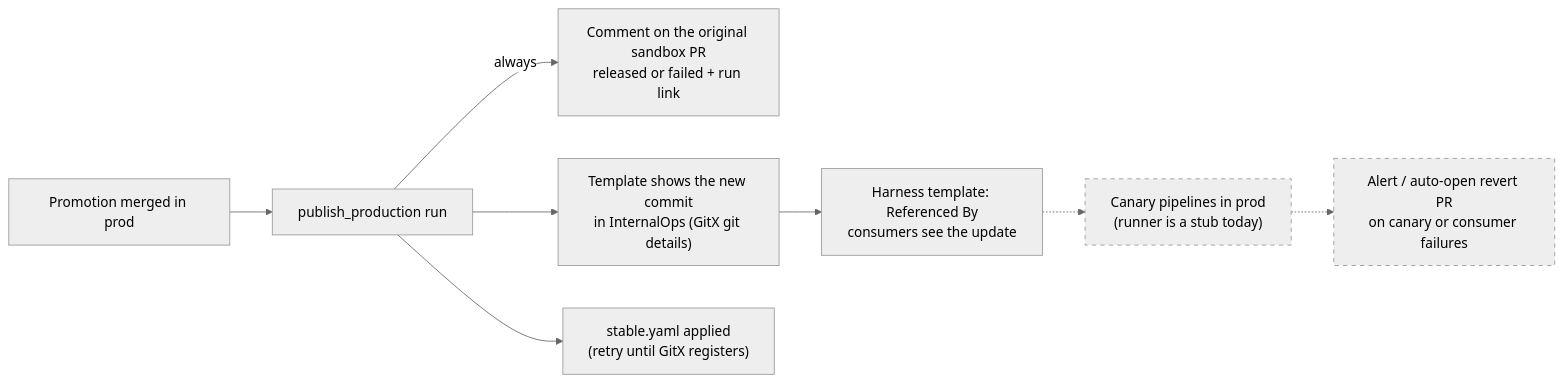
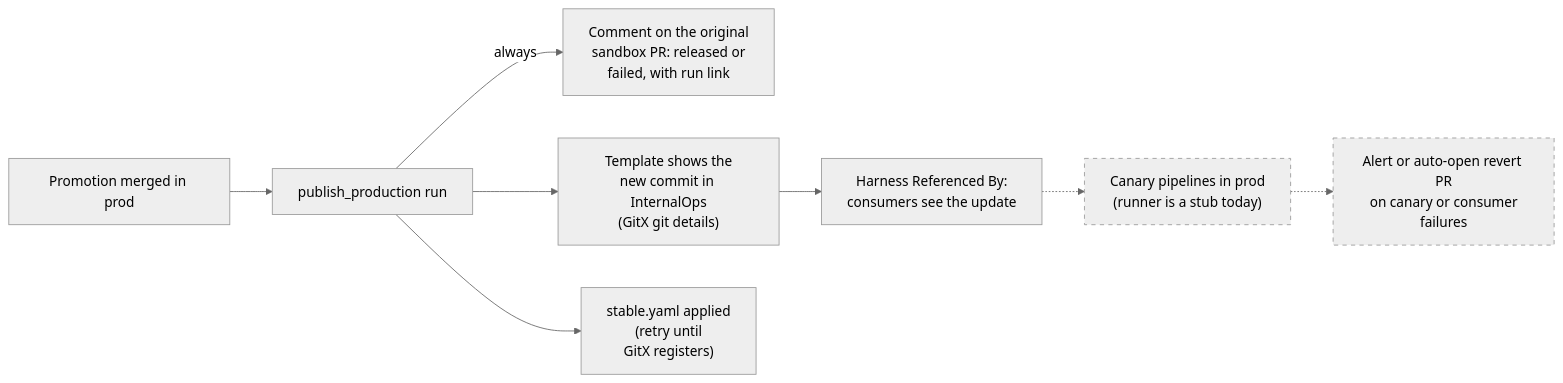
One commit to armory-io/harness-account-iacm changed the fifth of 6 diagrams in docs/PROMOTION-FLOW.md. Above: the diagram before and after it, drawn with Mermaid (neutral theme). The commit also changed other lines of this file, not shown here.

First line of the commit message:
docs: wrap long diagram labels so they are not cut off

````diff
--- a/docs/PROMOTION-FLOW.md
+++ b/docs/PROMOTION-FLOW.md
@@ -144,12 +144,12 @@
 ```mermaid
 flowchart LR
     M[Promotion merged in prod] --> PP[publish_production run]
-    PP -->|always| C1["Comment on the original sandbox PR<br/>released or failed + run link"]
-    PP --> GXS["Template shows the new commit<br/>in InternalOps (GitX git details)"]
-    PP --> ST["stable.yaml applied<br/>(retry until GitX registers)"]
-    GXS --> V["Harness template: Referenced By<br/>consumers see the update"]
+    PP -->|always| C1["Comment on the original<br/>sandbox PR: released or<br/>failed, with run link"]
+    PP --> GXS["Template shows the<br/>new commit in InternalOps<br/>(GitX git details)"]
+    PP --> ST["stable.yaml applied<br/>(retry until<br/>GitX registers)"]
+    GXS --> V["Harness Referenced By:<br/>consumers see the update"]
     V -.-> W["Canary pipelines in prod<br/>(runner is a stub today)"]
-    W -.-> AL["Alert / auto-open revert PR<br/>on canary or consumer failures"]
+    W -.-> AL["Alert or auto-open revert PR<br/>on canary or consumer<br/>failures"]
     style W stroke-dasharray: 5 5
     style AL stroke-dasharray: 5 5
 ```
````
